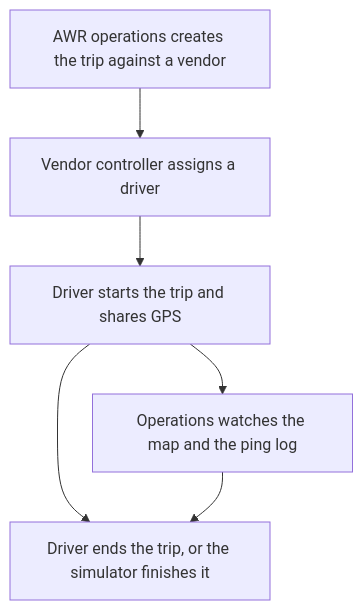
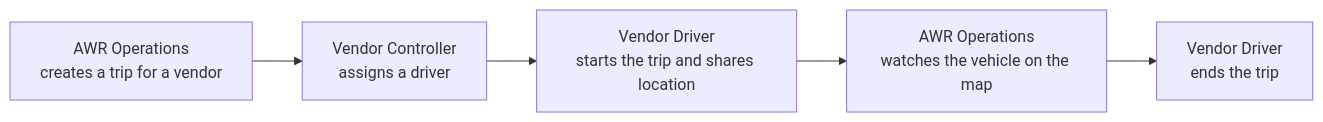
The first of 11 diagrams in docs/deliverable-2-presentation-content.md (hiteshpachpor/awr-vehicle-logistics), drawn with Mermaid before and after one commit. The commit also changed other lines of this file and 2 other files, not shown here.

````diff
--- a/docs/deliverable-2-presentation-content.md
+++ b/docs/deliverable-2-presentation-content.md
@@ -51,12 +33,10 @@
 ```mermaid
-flowchart TB
-  Ops[AWR operations creates the trip against a vendor]
-  Ctrl[Vendor controller assigns a driver]
-  Drv[Driver starts the trip and shares GPS]
-  Mon[Operations watches the map and the ping log]
-  End[Driver ends the trip, or the simulator finishes it]
+flowchart LR
+  Ops["AWR Operations<br/>creates a trip for a vendor"]
+  Ctrl["Vendor Controller<br/>assigns a driver"]
+  Drv["Vendor Driver<br/>starts the trip and shares location"]
+  Mon["AWR Operations<br/>watches the vehicle on the map"]
+  End["Vendor Driver<br/>ends the trip"]
 
-  Ops --> Ctrl --> Drv --> Mon
-  Drv --> End
-  Mon --> End
+  Ops --> Ctrl --> Drv --> Mon --> End
 ```
````
